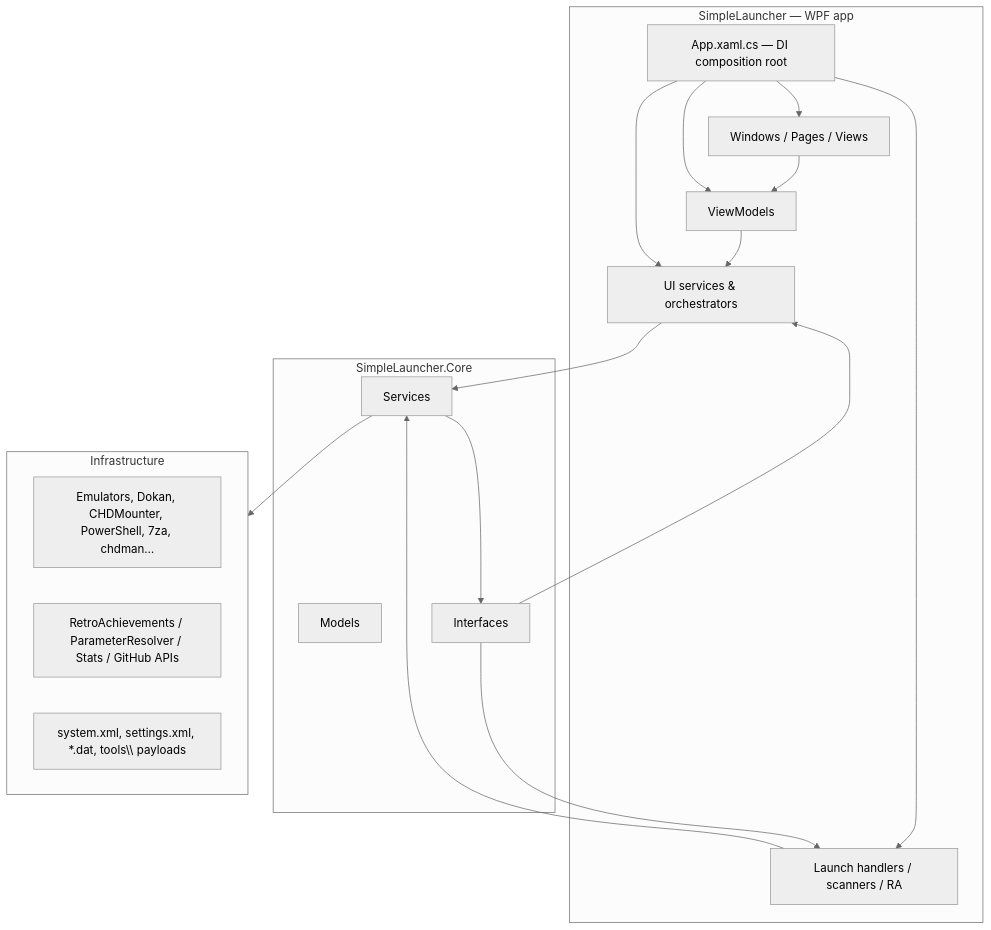
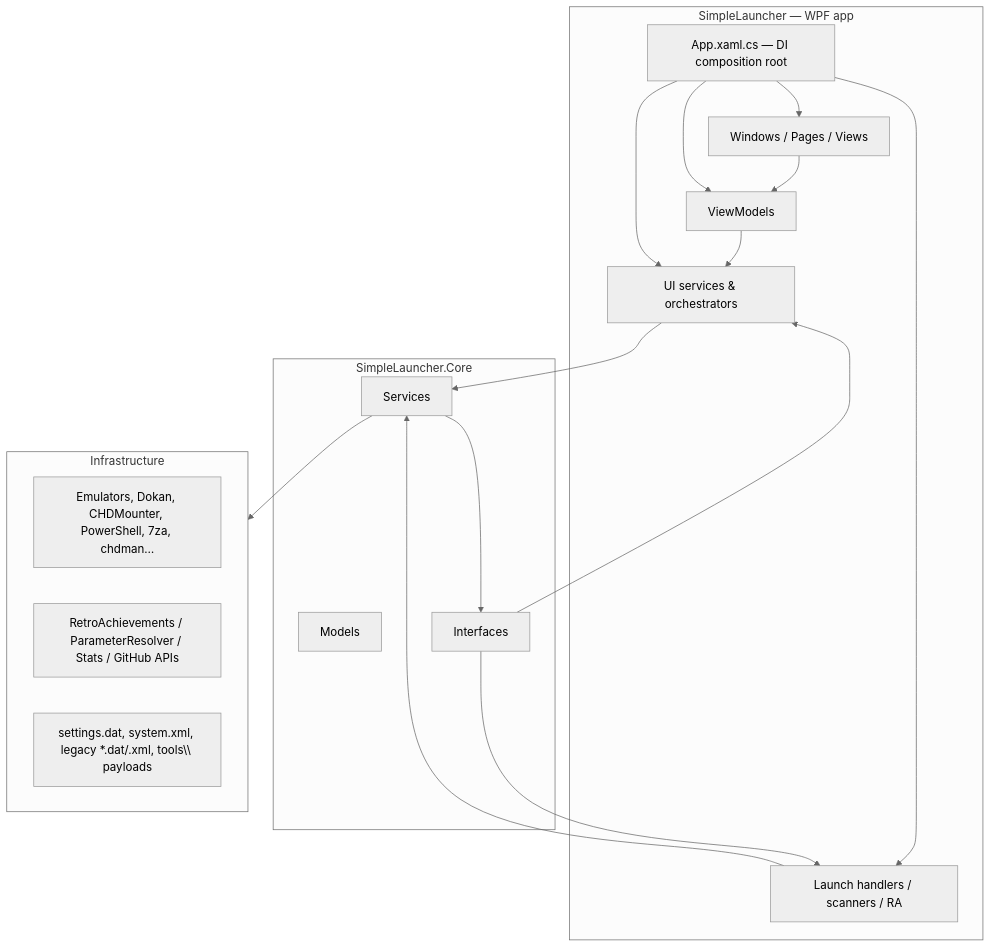
One commit to purelogiccode/SimpleLauncher changed the first of 2 diagrams in docs/04-architecture.md. Above: the diagram before and after it, drawn with Mermaid (neutral theme). The commit also changed 26 other files, not shown here.

````diff
--- a/docs/04-architecture.md
+++ b/docs/04-architecture.md
@@ -8,27 +8,27 @@
 ```mermaid
 flowchart TB
     subgraph App [SimpleLauncher — WPF app]
         V[Windows / Pages / Views]
         VM[ViewModels]
         US[UI services & orchestrators]
         LH[Launch handlers / scanners / RA]
         DI[App.xaml.cs — DI composition root]
     end
     subgraph Core [SimpleLauncher.Core]
         S[Services]
         M[Models]
         I[Interfaces]
     end
     subgraph Infra [Infrastructure]
         OS[Emulators, Dokan, CHDMounter, PowerShell, 7za, chdman…]
         HTTP[RetroAchievements / ParameterResolver / Stats / GitHub APIs]
-        FS[system.xml, settings.xml, *.dat, tools\\ payloads]
+        FS[settings.dat, system.xml, legacy *.dat/.xml, tools\\ payloads]
     end
     V --> VM --> US
     US --> S
     LH --> S
     DI --> V & VM & US & LH
     S --> Infra
     S --> I
     I --> US & LH
 ```
````
